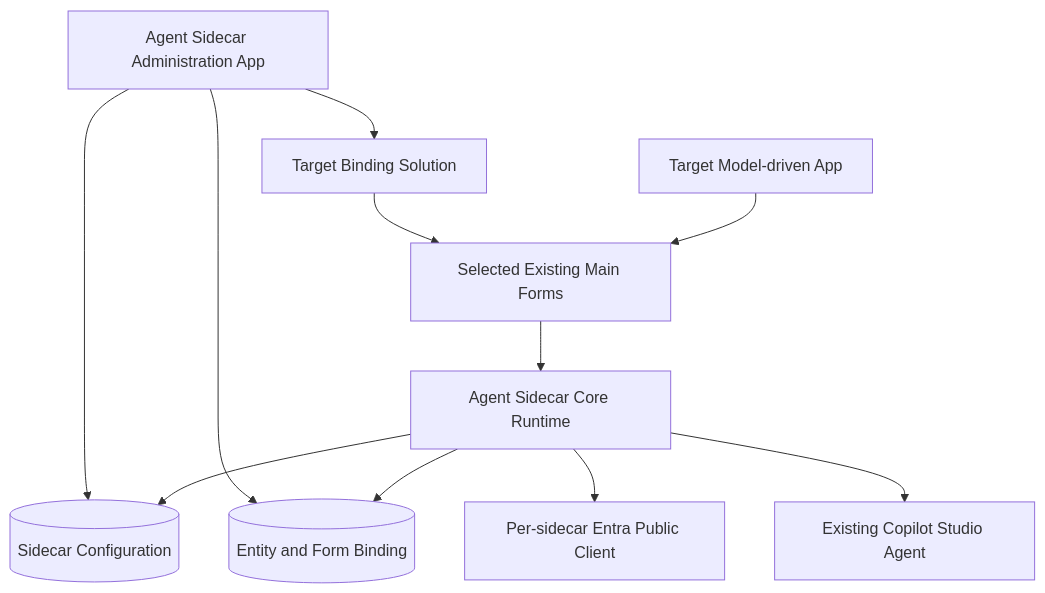
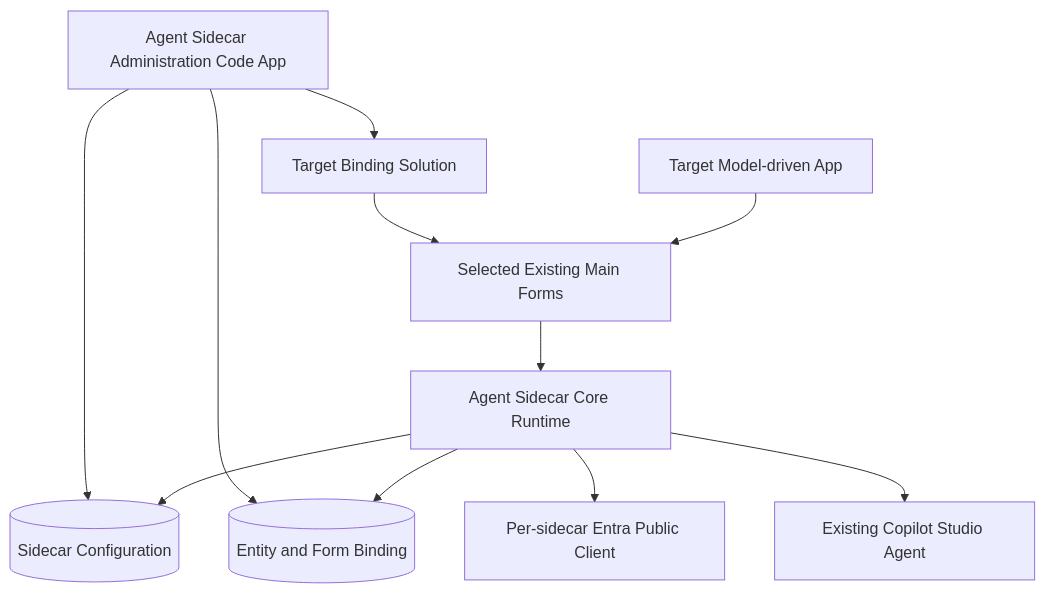
The diagram in docs/agent-sidecar-reusable-platform-plan.md (CooperSurgicalCommercialWebEngineering/CustomAgentSidecarMDA), drawn with Mermaid before and after one commit. The commit also changed other lines of this file and 135 other files, not shown here.

First line of the commit message:
feat(admin): Agent Sidecar administration control plane + discovery fix

````diff
--- a/docs/agent-sidecar-reusable-platform-plan.md
+++ b/docs/agent-sidecar-reusable-platform-plan.md
@@ -37,23 +38,23 @@
 ```mermaid
 flowchart TB
-    Admin[Agent Sidecar Administration App]
+    Admin[Agent Sidecar Administration Code App]
     Config[(Sidecar Configuration)]
     EntityBinding[(Entity and Form Binding)]
     Core[Agent Sidecar Core Runtime]
     Target[Target Model-driven App]
     Forms[Selected Existing Main Forms]
     Agent[Existing Copilot Studio Agent]
     Entra[Per-sidecar Entra Public Client]
     Binding[Target Binding Solution]
 
     Admin --> Config
     Admin --> EntityBinding
     Admin --> Binding
     Binding --> Forms
     Forms --> Core
     Target --> Forms
     Core --> Config
     Core --> EntityBinding
     Core --> Entra
     Core --> Agent
 ```
````
